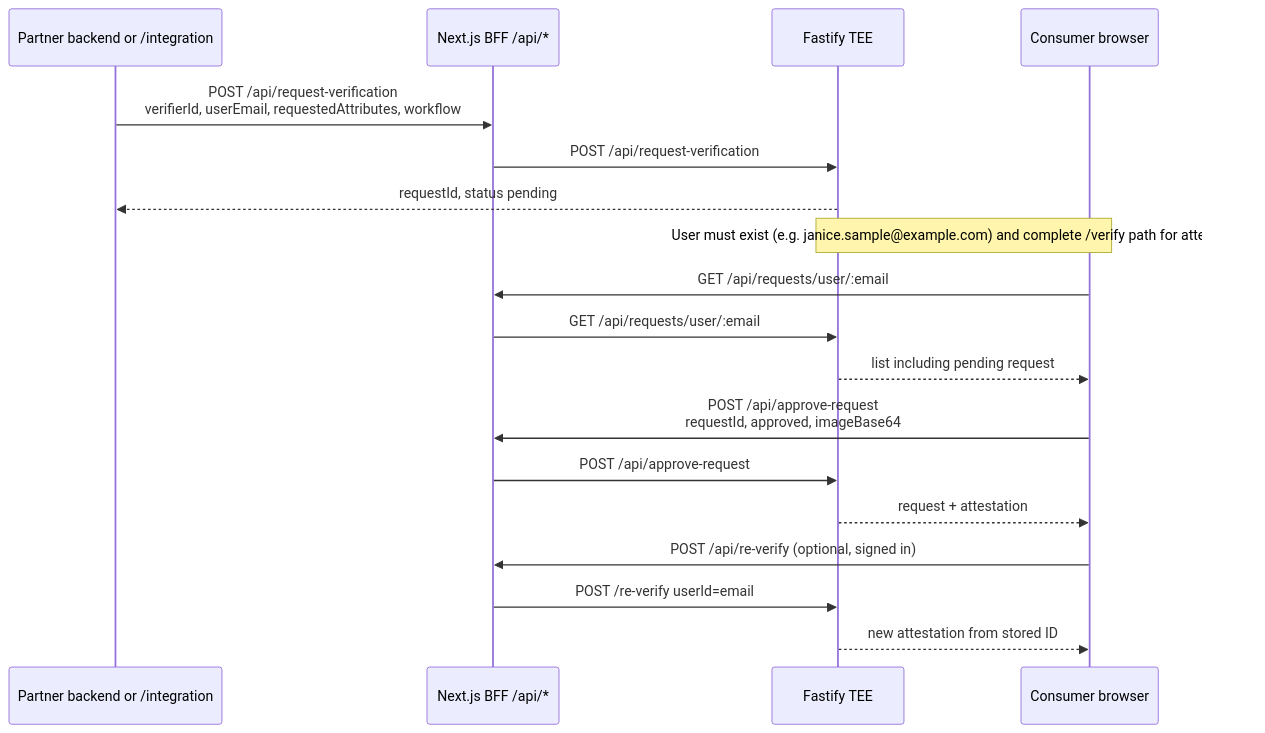
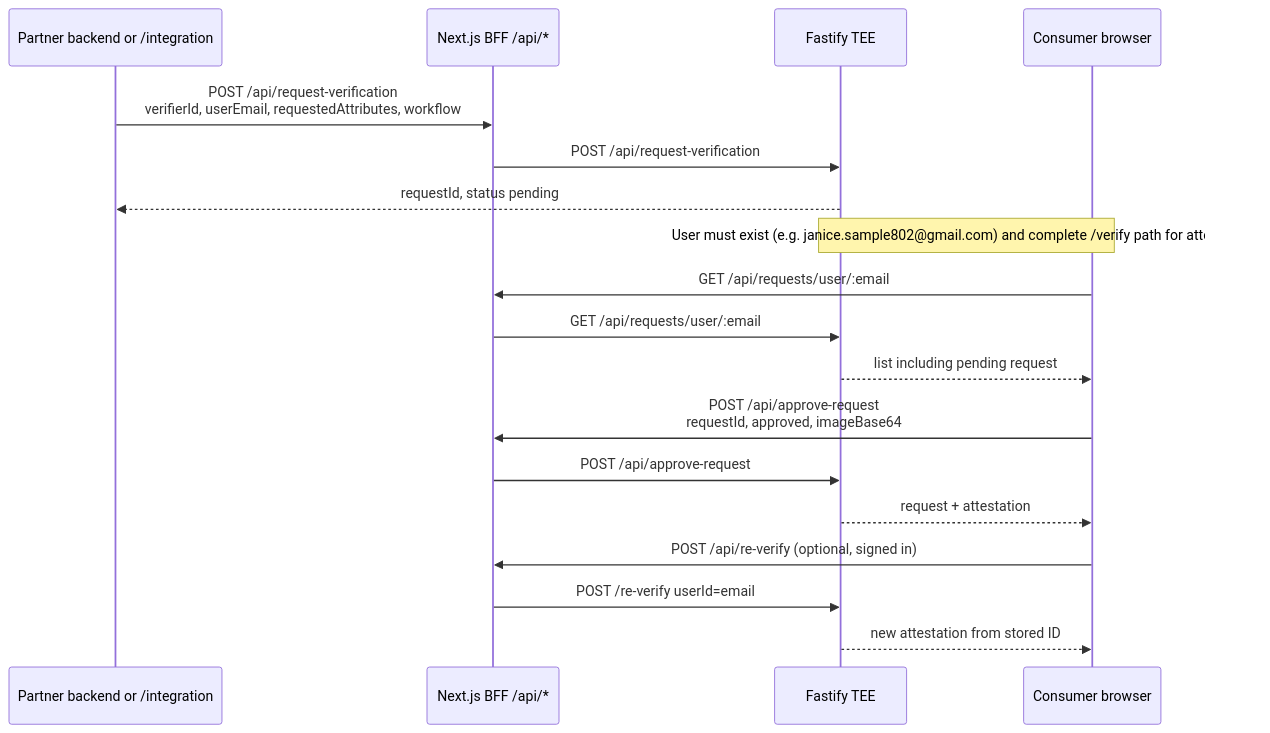
The third of 4 diagrams in dokimos-app-v2/docs/user-journey-diagram.md (pranavirohit/real-estate-agent), drawn with Mermaid before and after one commit. The commit also changed other lines of this file and 19 other files, not shown here.

First line of the commit message:
feat(dokimos-v2): Nostos landlord dashboard, tour flows, and API proxies

````diff
--- a/dokimos-app-v2/docs/user-journey-diagram.md
+++ b/dokimos-app-v2/docs/user-journey-diagram.md
@@ -83,25 +83,25 @@
 ```mermaid
 sequenceDiagram
   participant Dev as Partner backend or /integration
   participant Next as Next.js BFF /api/*
   participant TEE as Fastify TEE
   participant User as Consumer browser
 
   Dev->>Next: POST /api/request-verification<br/>verifierId, userEmail, requestedAttributes, workflow
   Next->>TEE: POST /api/request-verification
   TEE-->>Dev: requestId, status pending
 
-  Note over User,TEE: User must exist (e.g. janice.sample@example.com) and complete /verify path for attestations
+  Note over User,TEE: User must exist (e.g. janice.sample802@gmail.com) and complete /verify path for attestations
 
   User->>Next: GET /api/requests/user/:email
   Next->>TEE: GET /api/requests/user/:email
   TEE-->>User: list including pending request
 
   User->>Next: POST /api/approve-request<br/>requestId, approved, imageBase64
   Next->>TEE: POST /api/approve-request
   TEE-->>User: request + attestation
 
   User->>Next: POST /api/re-verify (optional, signed in)
   Next->>TEE: POST /re-verify userId=email
   TEE-->>User: new attestation from stored ID
 ```
````
